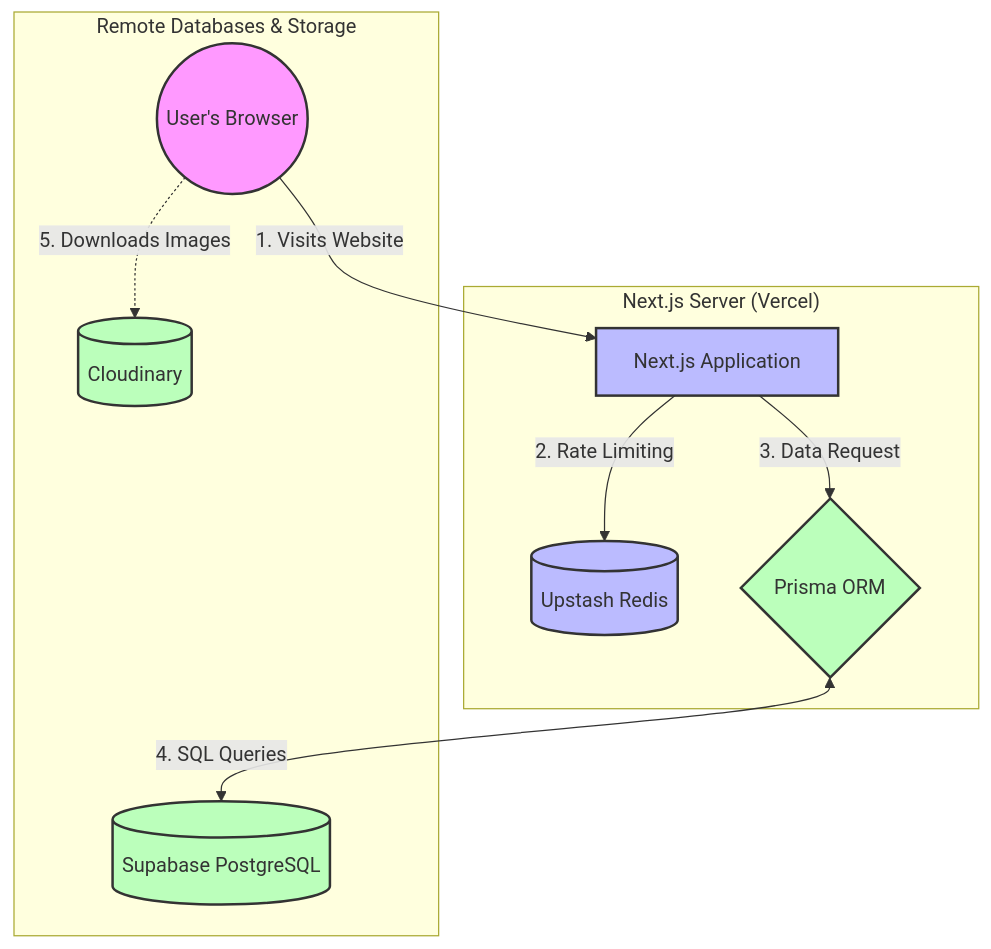
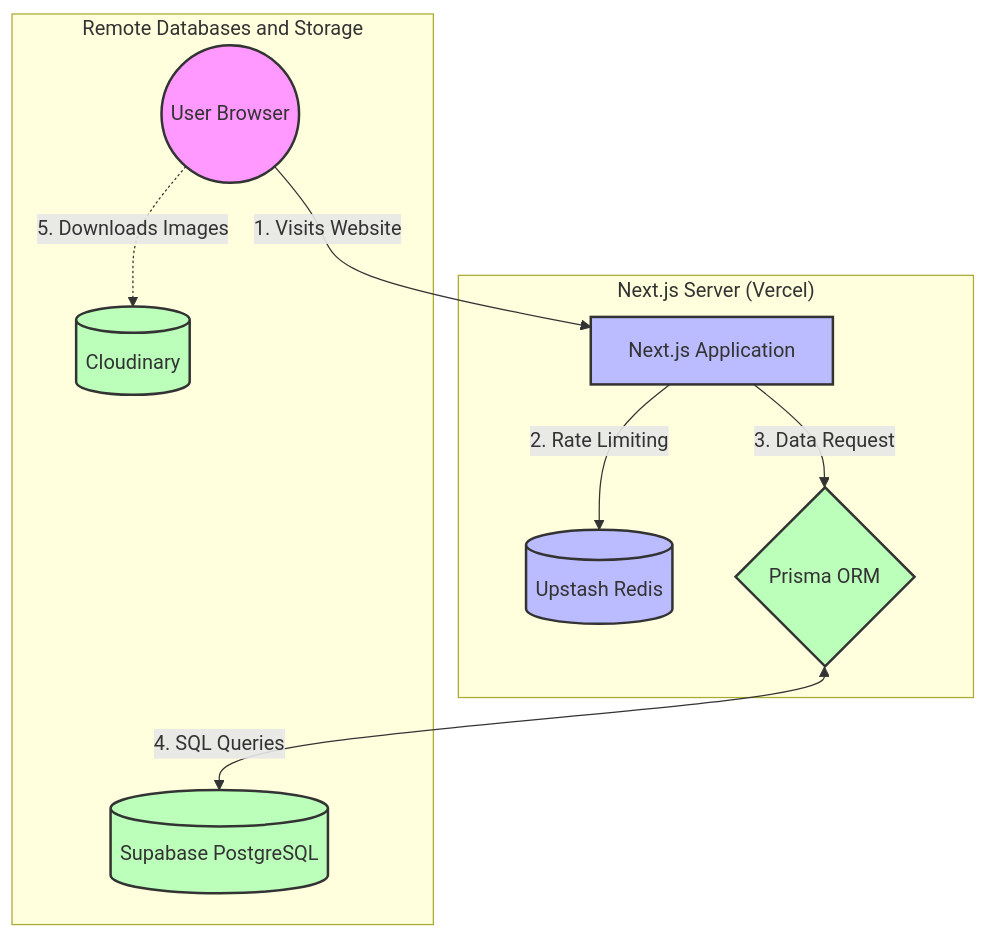
Before and after one commit to MoustafaHashem/EArovers: the diagram in docs/BEGINNERS_GUIDE.md, drawn with Mermaid.

Commit message:
docs: fix Mermaid diagram syntax by adding quotes around node labels

````diff
--- a/docs/BEGINNERS_GUIDE.md
+++ b/docs/BEGINNERS_GUIDE.md
@@ -22,22 +22,22 @@
 ```mermaid
 graph TD
-    User((User's Browser)) -->|1. Visits Website| NextJS[Next.js Application]
+    User(("User Browser")) -->|1. Visits Website| NextJS["Next.js Application"]
     
-    subgraph "Next.js Server (Vercel)"
-    NextJS -->|2. Rate Limiting| Redis[(Upstash Redis)]
-    NextJS -->|3. Data Request| Prisma{Prisma ORM}
+    subgraph Server["Next.js Server (Vercel)"]
+    NextJS -->|2. Rate Limiting| Redis[("Upstash Redis")]
+    NextJS -->|3. Data Request| Prisma{"Prisma ORM"}
     end
     
-    subgraph "Remote Databases & Storage"
-    Prisma <-->|4. SQL Queries| Supabase[(Supabase PostgreSQL)]
-    User -.->|5. Downloads Images| Cloudinary[(Cloudinary)]
+    subgraph Remote["Remote Databases and Storage"]
+    Prisma <-->|4. SQL Queries| Supabase[("Supabase PostgreSQL")]
+    User -.->|5. Downloads Images| Cloudinary[("Cloudinary")]
     end
     
     classDef browser fill:#f9f,stroke:#333,stroke-width:2px;
     classDef server fill:#bbf,stroke:#333,stroke-width:2px;
     classDef db fill:#bfb,stroke:#333,stroke-width:2px;
     
     class User browser;
     class NextJS,Redis server;
     class Supabase,Cloudinary,Prisma db;
 ```
````
